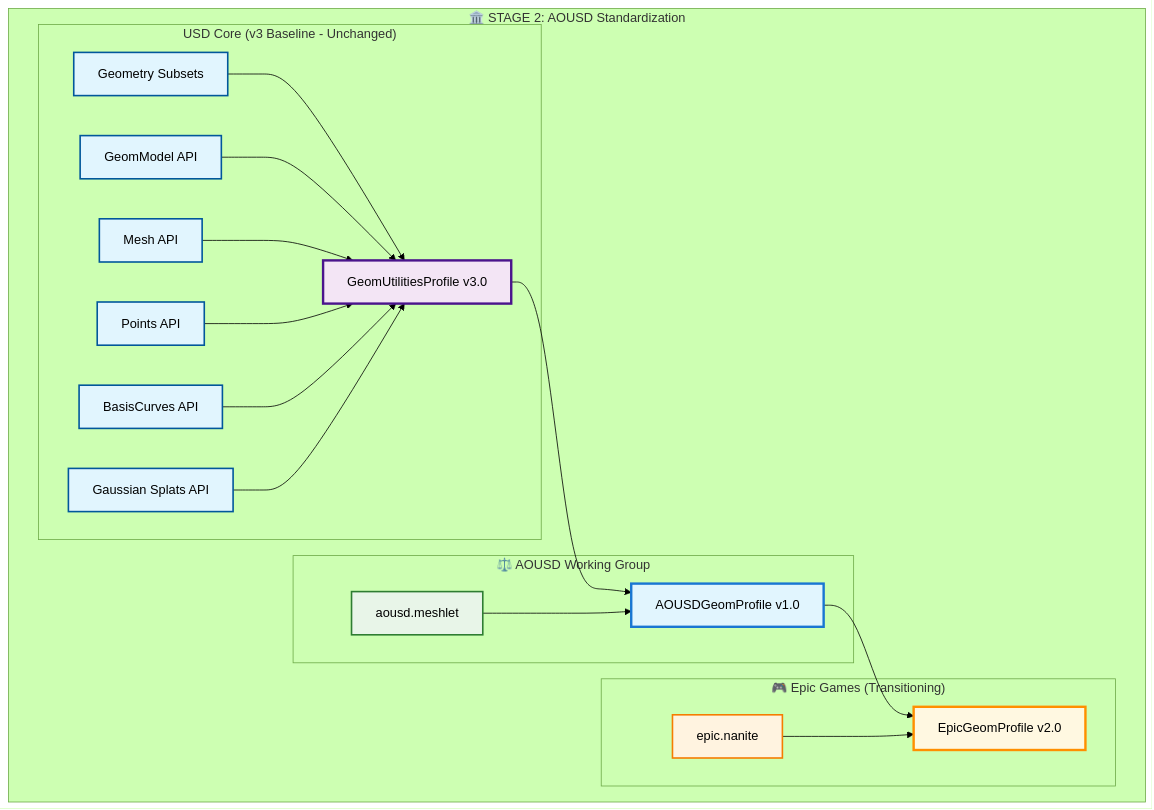
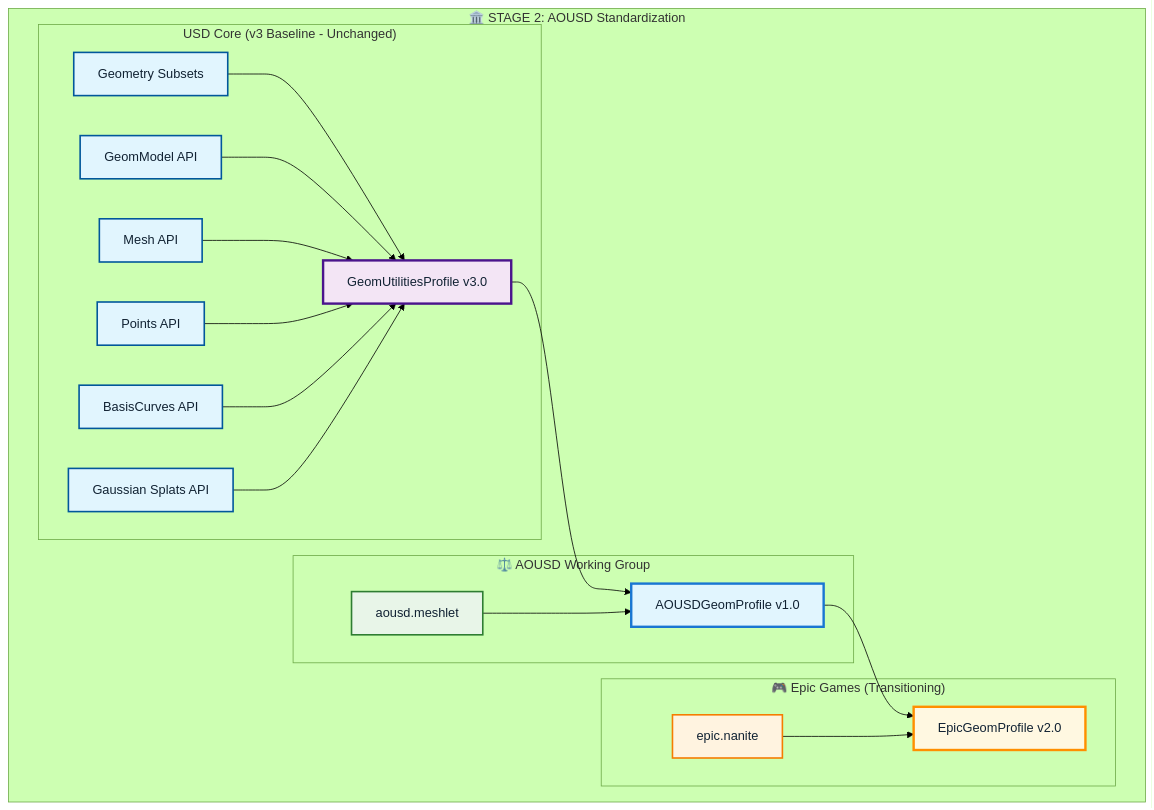
Before and after one commit to PixarAnimationStudios/OpenUSD-proposals: the third of 8 diagrams in proposals/profiles/README.md, drawn with Mermaid (forest theme). The commit also changed other lines of this file, not shown here.

Commit message:
make mermaid text legible

````diff
--- a/proposals/profiles/README.md
+++ b/proposals/profiles/README.md
@@ -634,55 +634,55 @@
 ```mermaid
 graph TD
     subgraph AOUSDStage["🏛️ STAGE 2: AOUSD Standardization"]
         subgraph V2_Core["USD Core (v3 Baseline - Unchanged)"]
             V2_GeomUtilities[GeomUtilitiesProfile v3.0]
             V2_Gaussian[Gaussian Splats API]
             V2_GeomSubset[Geometry Subsets]
             V2_GeomModelAPI[GeomModel API]
             V2_MeshAPI[Mesh API]
             V2_PointsAPI[Points API]
             V2_BasisCurvesAPI[BasisCurves API]
         end
         
         subgraph V2_AOUSD["⚖️ AOUSD Working Group"]
             V2_AOUSDMeshlet[aousd.meshlet]
             V2_AOUSDProfile[AOUSDGeomProfile v1.0]
         end
         
         subgraph V2_Epic["🎮 Epic Games (Transitioning)"]
             V2_EpicNanite[epic.nanite]
             V2_EpicProfile[EpicGeomProfile v2.0]
         end
         
         %% Core profile unchanged
         V2_GeomSubset --> V2_GeomUtilities
         V2_GeomModelAPI --> V2_GeomUtilities
         V2_MeshAPI --> V2_GeomUtilities
         V2_PointsAPI --> V2_GeomUtilities
         V2_BasisCurvesAPI --> V2_GeomUtilities
         V2_Gaussian --> V2_GeomUtilities
         
         %% AOUSD profile inherits from core + adds standardized meshlet
         V2_GeomUtilities --> V2_AOUSDProfile
         V2_AOUSDMeshlet --> V2_AOUSDProfile
         
         %% Epic v2 profile now inherits from AOUSD standard
         V2_AOUSDProfile --> V2_EpicProfile
         V2_EpicNanite --> V2_EpicProfile
     end
 
     %% Styling
-    classDef coreCapability fill:#e1f5fe,stroke:#01579b,stroke-width:2px
-    classDef aousdCapability fill:#e8f5e8,stroke:#2e7d32,stroke-width:2px
-    classDef vendorCapability fill:#fff3e0,stroke:#f57c00,stroke-width:2px
-    classDef coreProfile fill:#f3e5f5,stroke:#4a148c,stroke-width:3px
-    classDef aousdProfile fill:#e1f5fe,stroke:#1976d2,stroke-width:3px
-    classDef vendorProfile fill:#fff8e1,stroke:#ff8f00,stroke-width:3px
+    classDef coreCapability fill:#e1f5fe,stroke:#01579b,stroke-width:2px,color:#112233
+    classDef aousdCapability fill:#e8f5e8,stroke:#2e7d32,stroke-width:2px,color:#112233
+    classDef vendorCapability fill:#fff3e0,stroke:#f57c00,stroke-width:2px,color:#112233
+    classDef coreProfile fill:#f3e5f5,stroke:#4a148c,stroke-width:3px,color:#112233
+    classDef aousdProfile fill:#e1f5fe,stroke:#1976d2,stroke-width:3px,color:#112233
+    classDef vendorProfile fill:#fff8e1,stroke:#ff8f00,stroke-width:3px,color:#112233
     
     class V2_GeomSubset,V2_GeomModelAPI,V2_MeshAPI,V2_PointsAPI,V2_BasisCurvesAPI,V2_Gaussian coreCapability
     class V2_AOUSDMeshlet aousdCapability
     class V2_EpicNanite vendorCapability
     class V2_GeomUtilities coreProfile
     class V2_AOUSDProfile aousdProfile
     class V2_EpicProfile vendorProfile
 ```
````
